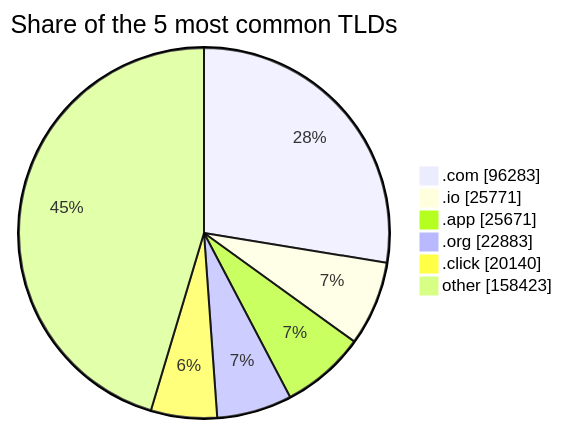
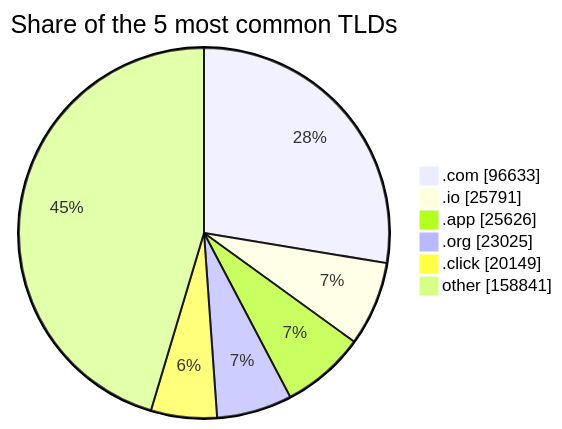
The third of 3 diagrams in README.md (DNSBunker/CTI), drawn with Mermaid before and after one commit. The commit also changed other lines of this file and 3 other files, not shown here.

````diff
--- a/README.md
+++ b/README.md
@@ -81,9 +81,9 @@
 ```mermaid
 pie showData title Share of the 5 most common TLDs
-    ".com" : 96283
-    ".io" : 25771
-    ".app" : 25671
-    ".org" : 22883
-    ".click" : 20140
-    "other" : 158423
+    ".com" : 96633
+    ".io" : 25791
+    ".app" : 25626
+    ".org" : 23025
+    ".click" : 20149
+    "other" : 158841
 ```
````
